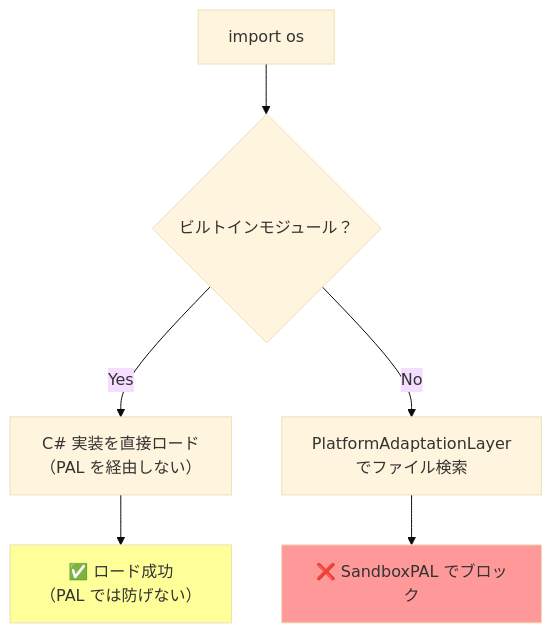
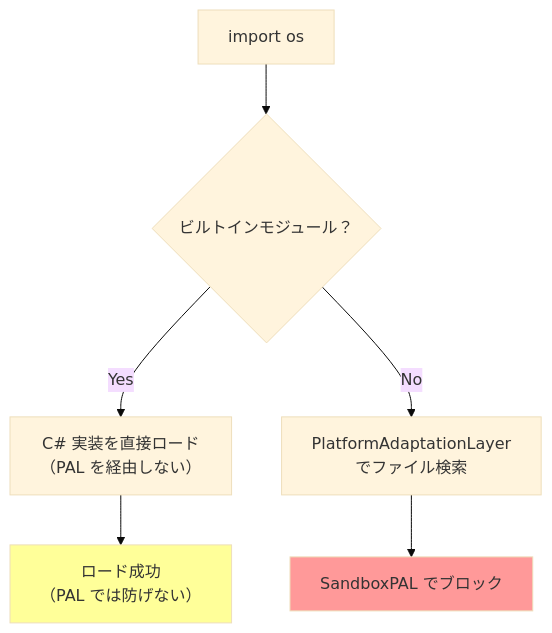
The fourth of 6 diagrams in docs/research/05-基盤・ツール/008-IronPythonサンドボックス.md (vehiclevisionjp/VehicleVision.Pleasanter.ResearchDocuments), drawn with Mermaid (base theme) before and after one commit. The commit also changed other lines of this file and 15 other files, not shown here.

````diff
--- a/docs/research/05-基盤・ツール/008-IronPythonサンドボックス.md
+++ b/docs/research/05-基盤・ツール/008-IronPythonサンドボックス.md
@@ -535,11 +535,11 @@
 ```mermaid
 flowchart TD
     Import["import os"] --> Check{"ビルトインモジュール？"}
     Check -->|Yes| Direct["C# 実装を直接ロード<br/>（PAL を経由しない）"]
     Check -->|No| PAL["PlatformAdaptationLayer<br/>でファイル検索"]
-    PAL --> Block["❌ SandboxPAL でブロック"]
-    Direct --> Loaded["✅ ロード成功<br/>（PAL では防げない）"]
+    PAL --> Block["SandboxPAL でブロック"]
+    Direct --> Loaded["ロード成功<br/>（PAL では防げない）"]
 
     style Block fill:#ff9999
     style Loaded fill:#ffff99
 ```
````
